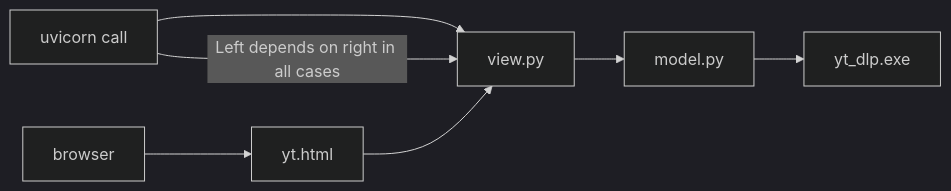
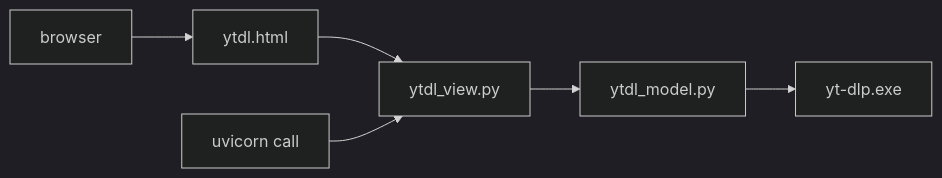
Before and after one commit to aadennis/PythonSandboxAA: the diagram in VideoHandling/Downloader/README.md, drawn with Mermaid (dark theme). The commit also changed other lines of this file, not shown here.

Commit message:
Mermaid included in readme for real

````diff
--- a/VideoHandling/Downloader/README.md
+++ b/VideoHandling/Downloader/README.md
@@ -104,8 +99,13 @@
 ```mermaid
 flowchart LR
-      v[view.py] --> m[model.py] --> x[yt_dlp.exe]
-      u[uvicorn call] --> v
-      b[browser] --> h[yt.html]
+      v[ytdl_view.py]
+      m[ytdl_model.py]
+      x[yt-dlp.exe]
+      u[uvicorn call]
+      b[browser]
+      h[ytdl.html]
+      v --> m --> x
+      b --> h
       h --> v
-      u -- Left depends on right in all cases ---> v
+      u --> v
 ```
````
